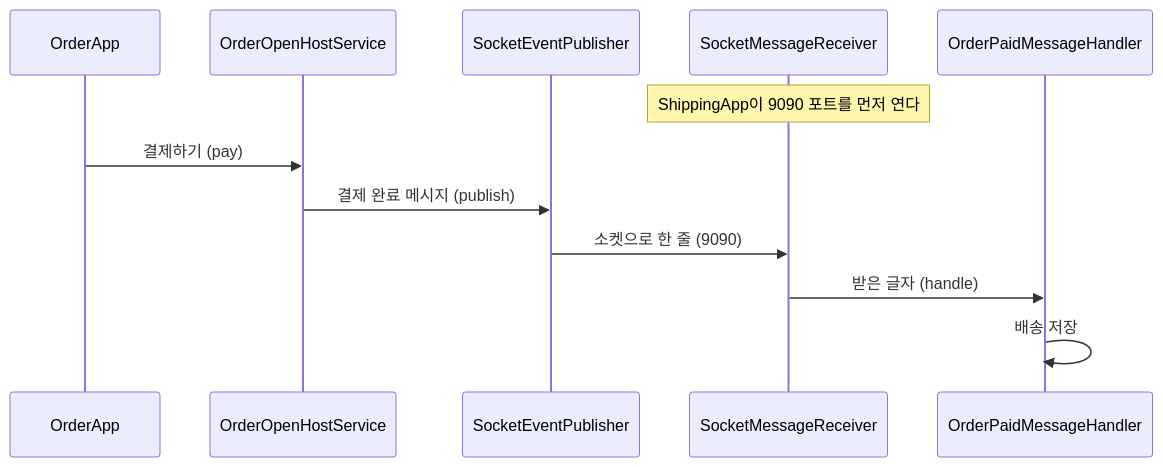
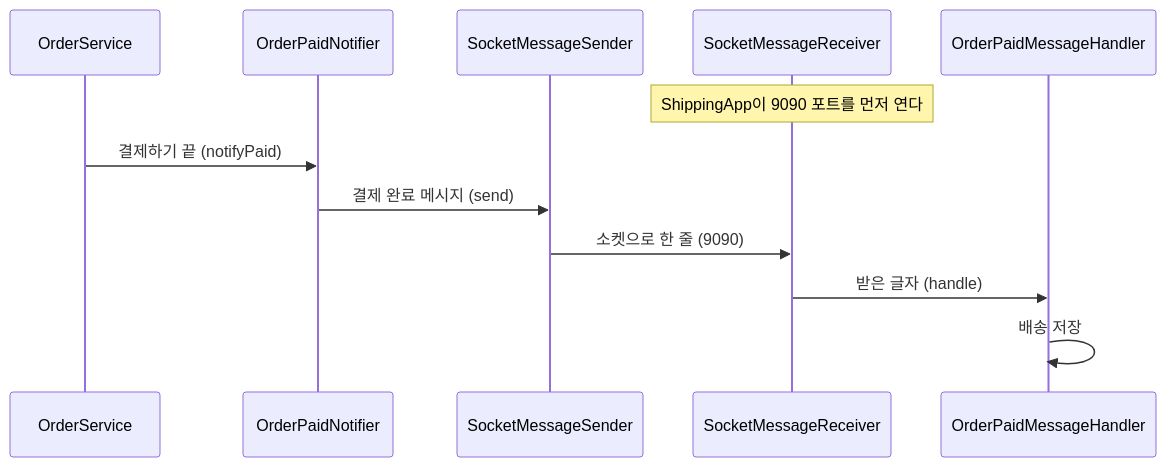
One commit to busan-bank-2026/ddd-example changed the diagram in .projectcode/chapters/socket-queue/diagrams/flow.md. Above: the diagram before and after it, drawn with Mermaid. The commit also changed other lines of this file and 13 other files, not shown here.

````diff
--- a/.projectcode/chapters/socket-queue/diagrams/flow.md
+++ b/.projectcode/chapters/socket-queue/diagrams/flow.md
@@ -3,14 +3,14 @@
 ```mermaid
 sequenceDiagram
-  participant O as OrderApp
-  participant H as OrderOpenHostService
-  participant P as SocketEventPublisher
+  participant O as OrderService
+  participant N as OrderPaidNotifier
+  participant P as SocketMessageSender
   participant R as SocketMessageReceiver
   participant S as OrderPaidMessageHandler
   Note over R: ShippingApp이 9090 포트를 먼저 연다
-  O->>H: 결제하기 (pay)
-  H->>P: 결제 완료 메시지 (publish)
+  O->>N: 결제하기 끝 (notifyPaid)
+  N->>P: 결제 완료 메시지 (send)
   P->>R: 소켓으로 한 줄 (9090)
   R->>S: 받은 글자 (handle)
   S->>S: 배송 저장
 ```
````
